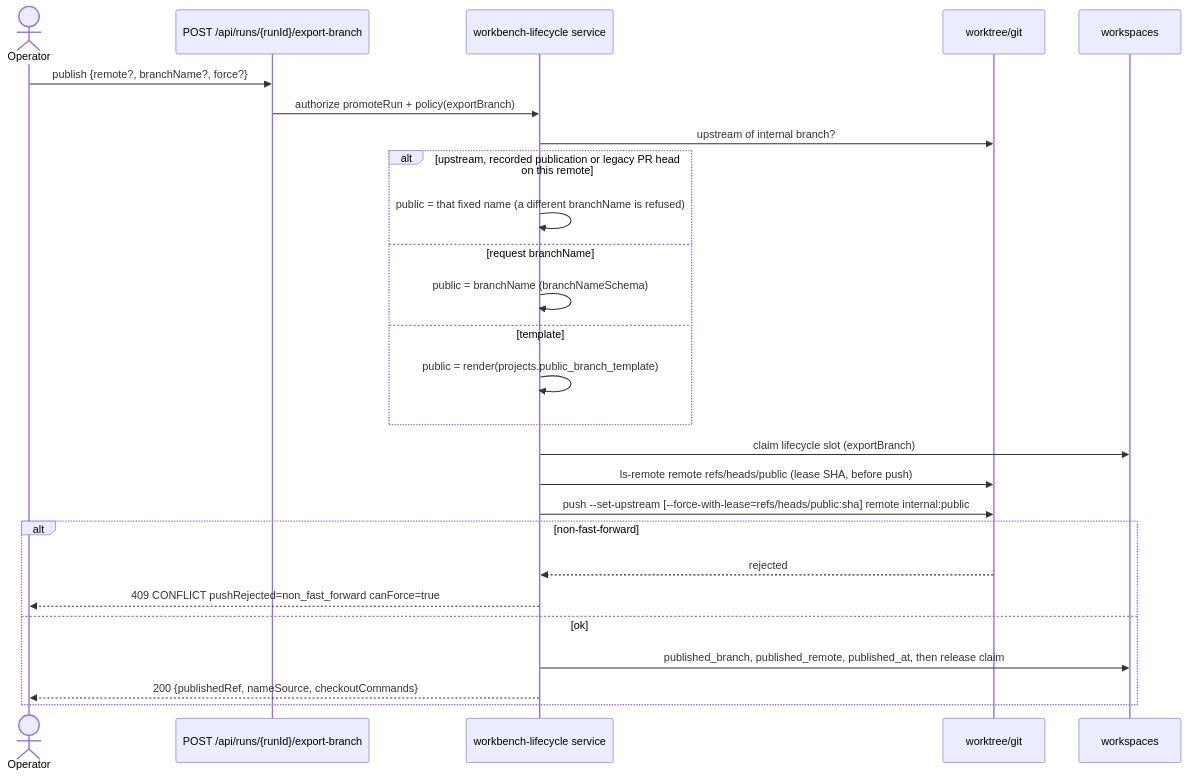
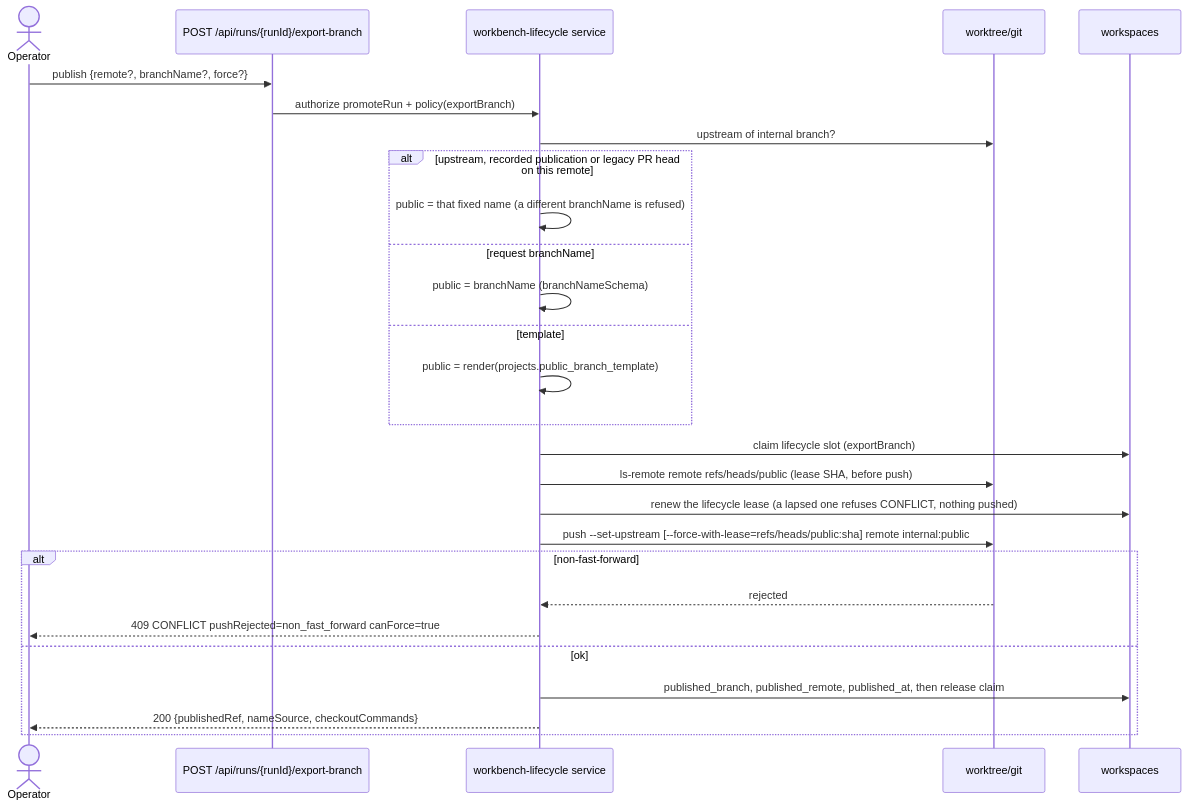
One commit to maister-dev/maister changed the third of 6 diagrams in docs/system-analytics/workbench-git.md. Above: the diagram before and after it, drawn with Mermaid. The commit also changed 2 other files, not shown here.

Commit message:
fix(workbench-git): publish re-proves its lease before the push
A publish ran its snapshot and the network read under the lease it took at
the claim, then pushed without checking it still held the slot; only the
record after the push was fenced. The push is the one step nothing undoes,
so the lease is now renewed between the remote read and the push — a
publish whose lease lapsed refuses CONFLICT with nothing pushed. The other
workbench operations take their claim right before their single network
step and fence the write after it on a live lease.

````diff
--- a/docs/system-analytics/workbench-git.md
+++ b/docs/system-analytics/workbench-git.md
@@ -137,28 +137,29 @@
 ```mermaid
 sequenceDiagram
     actor Op as Operator
     participant Route as POST /api/runs/{runId}/export-branch
     participant Svc as workbench-lifecycle service
     participant Git as worktree/git
     participant DB as workspaces
     Op->>Route: publish {remote?, branchName?, force?}
     Route->>Svc: authorize promoteRun + policy(exportBranch)
     Svc->>Git: upstream of internal branch?
     alt upstream, recorded publication or legacy PR head on this remote
         Svc->>Svc: public = that fixed name (a different branchName is refused)
     else request branchName
         Svc->>Svc: public = branchName (branchNameSchema)
     else template
         Svc->>Svc: public = render(projects.public_branch_template)
     end
     Svc->>DB: claim lifecycle slot (exportBranch)
     Svc->>Git: ls-remote remote refs/heads/public (lease SHA, before push)
+    Svc->>DB: renew the lifecycle lease (a lapsed one refuses CONFLICT, nothing pushed)
     Svc->>Git: push --set-upstream [--force-with-lease=refs/heads/public:sha] remote internal:public
     alt non-fast-forward
         Git-->>Svc: rejected
         Svc-->>Op: 409 CONFLICT pushRejected=non_fast_forward canForce=true
     else ok
         Svc->>DB: published_branch, published_remote, published_at, then release claim
         Svc-->>Op: 200 {publishedRef, nameSource, checkoutCommands}
     end
 ```
````
